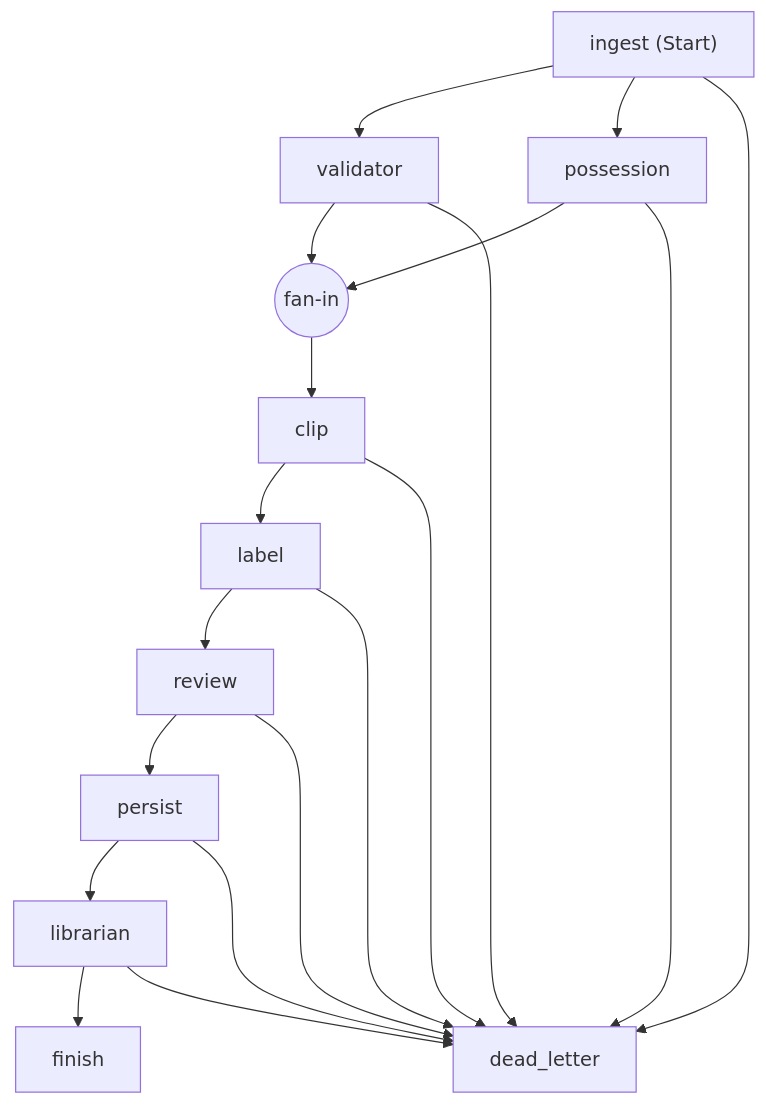
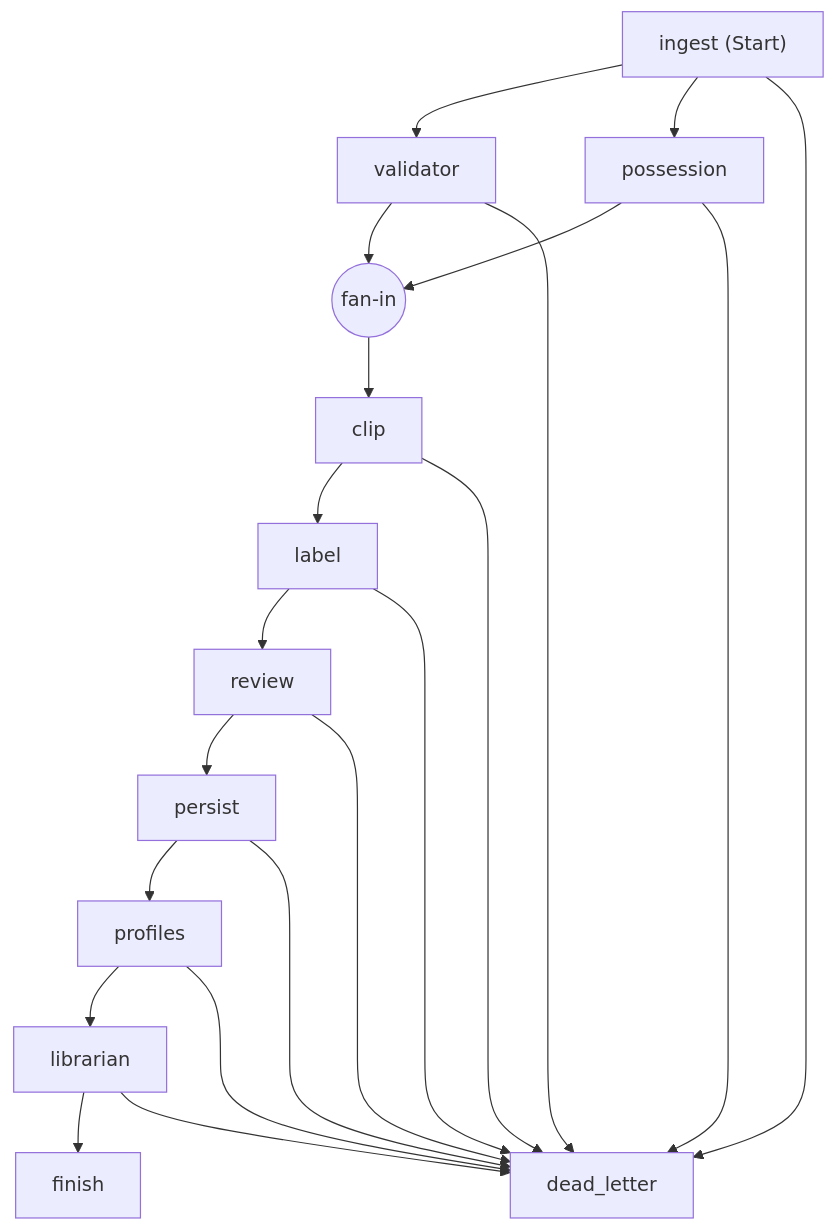
One commit to Qadzilla/Regista changed the first of 2 diagrams in docs/workflow.md. Above: the diagram before and after it, drawn with Mermaid. The commit also changed other lines of this file and 17 other files, not shown here.

````diff
--- a/docs/workflow.md
+++ b/docs/workflow.md
@@ -5,32 +5,35 @@
 ```mermaid
 flowchart TD
   ingest["ingest (Start)"];
   validator["validator"];
   possession["possession"];
   clip["clip"];
   label["label"];
   review["review"];
   persist["persist"];
+  profiles["profiles"];
   librarian["librarian"];
   finish["finish"];
   dead_letter["dead_letter"];
   fan_in__clip__c9c283db((fan-in))
   possession --> fan_in__clip__c9c283db;
   validator --> fan_in__clip__c9c283db;
   fan_in__clip__c9c283db --> clip;
   ingest --> validator;
   ingest --> possession;
   clip --> label;
   label --> review;
   review --> persist;
-  persist --> librarian;
+  persist --> profiles;
+  profiles --> librarian;
   librarian --> finish;
   ingest --> dead_letter;
   validator --> dead_letter;
   possession --> dead_letter;
   clip --> dead_letter;
   label --> dead_letter;
   persist --> dead_letter;
   librarian --> dead_letter;
   review --> dead_letter;
+  profiles --> dead_letter;
 ```
````
